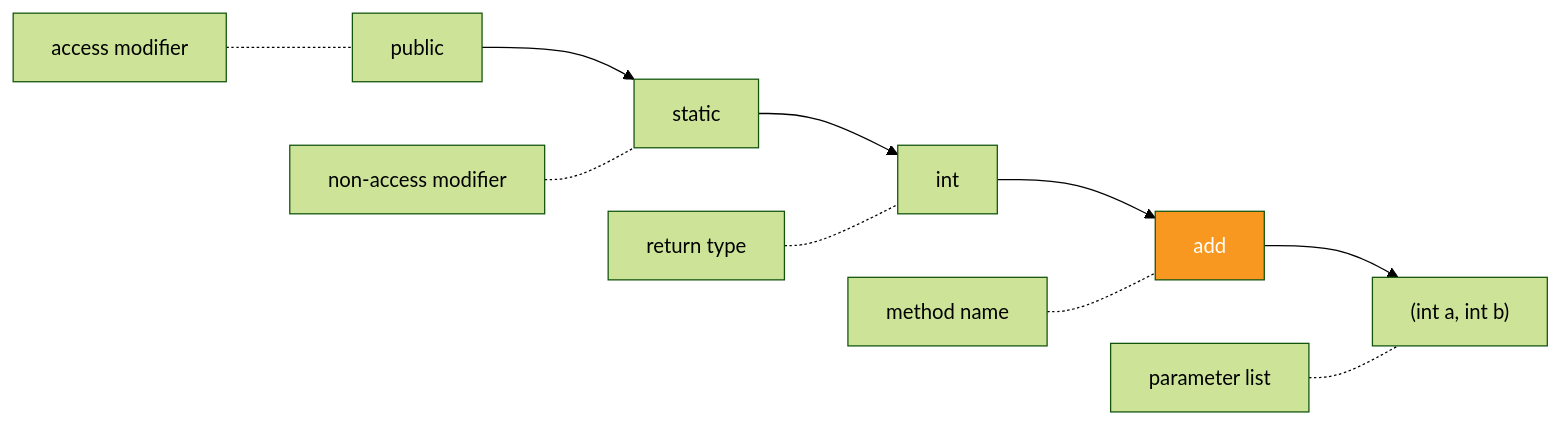
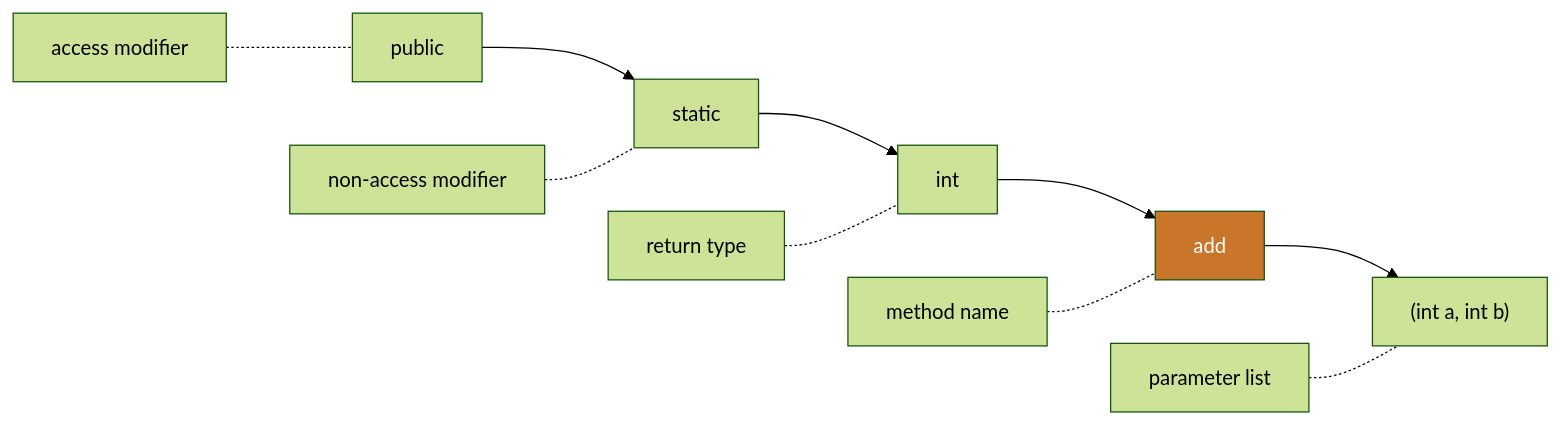
The first of 2 diagrams in src/Theory/05-OOPS-Part-1/05-Methods.md (kundankumarsharma56/Leaning-Java), drawn with Mermaid (forest theme) before and after one commit. The commit also changed other lines of this file and 84 other files, not shown here.

````diff
--- a/src/Theory/05-OOPS-Part-1/05-Methods.md
+++ b/src/Theory/05-OOPS-Part-1/05-Methods.md
@@ -21,10 +21,10 @@
 ```mermaid
 flowchart LR
     A["public"] --> B["static"] --> C["int"] --> D["add"] --> E["(int a, int b)"]
     A1["access modifier"] -.- A
     B1["non-access modifier"] -.- B
     C1["return type"] -.- C
     D1["method name"] -.- D
     E1["parameter list"] -.- E
-    style D fill:#f89820,color:#fff
+    style D fill:#c9762a,color:#fff
 ```
````
